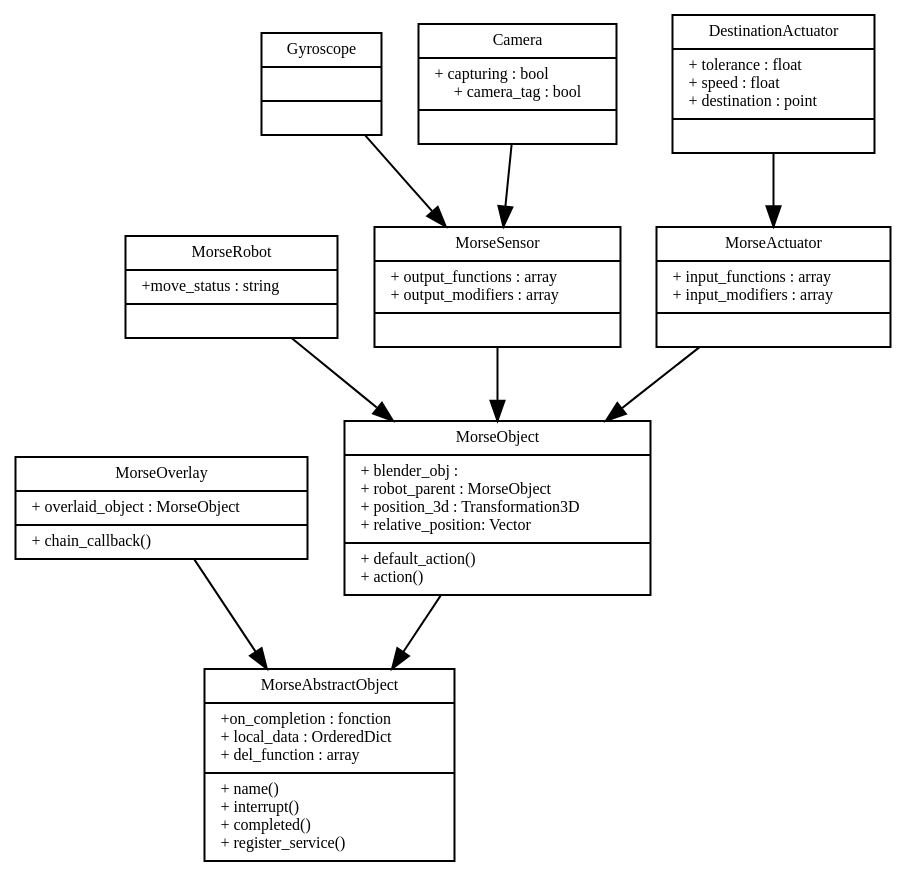
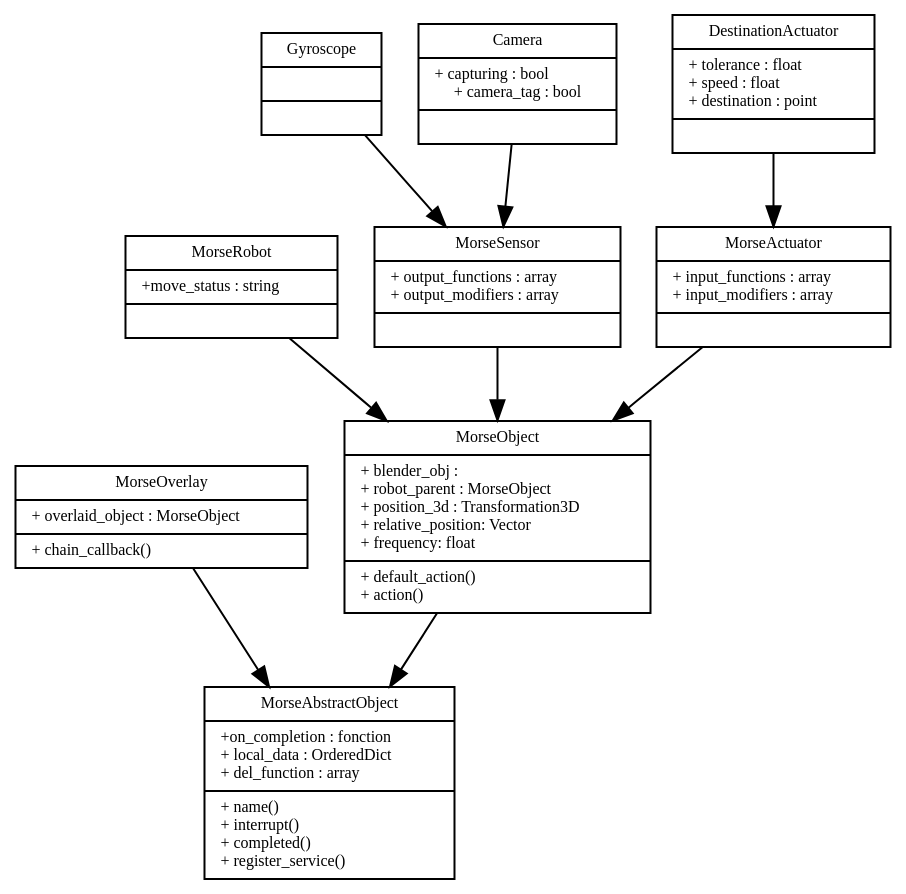
The diagram in doc/morse/dev/morse_uml.dot (morse-simulator/morse), drawn with Graphviz before and after one commit. The commit also changed 1 other file, not shown here.

Commit message:
[doc] add some short notes about the frequency property of components

```diff
--- a/doc/morse/dev/morse_uml.dot
+++ b/doc/morse/dev/morse_uml.dot
@@ -1,64 +1,64 @@
 digraph G {
 	fontname = "Bitstream Vera Sans"
 	fontsize = 8
 	bgcolor="transparent"
 					    
 	node [
 		fontname = "Bitstream Vera Sans"
 		fontsize = 8
 		shape = "record"
 		fillcolor="white"
 		style="filled"
 	]
 
 	edge [
 		fontname = "Bitstream Vera Sans"
 		fontsize = 8
 		color="black"
 	]
 
 	MorseAbstractObject [
 		label = "{MorseAbstractObject |+on_completion : fonction\l+ local_data : OrderedDict\l+ del_function : array\l|+ name()\l+ interrupt()\l+ completed()\l+ register_service()\l }"
 	]
 
 	MorseOverlay [
 		label = "{MorseOverlay | + overlaid_object : MorseObject\l| + chain_callback()\l}"
 	]
 
 	MorseObject [
-		label = "{MorseObject | + blender_obj :\l+ robot_parent : MorseObject\l+ position_3d : Transformation3D\l+ relative_position: Vector\l|+ default_action()\l+ action()\l }"
+		label = "{MorseObject | + blender_obj :\l+ robot_parent : MorseObject\l+ position_3d : Transformation3D\l+ relative_position: Vector\l+ frequency: float\l|+ default_action()\l+ action()\l }"
 	]
 
 	MorseRobot [
 		label = "{MorseRobot | +move_status : string\l| }"
 	]
 
 	MorseSensor [
 		label = "{MorseSensor | + output_functions : array\l+ output_modifiers : array\l |}"
 	]
 
 	MorseActuator [
 		label = "{MorseActuator | + input_functions : array\l+ input_modifiers : array\l |}"
 	]
 
 	Gyroscope [
 		label = "{Gyroscope || }"
 	]
 
 	Camera [
 		label = "{Camera |+ capturing : bool\l+ camera_tag : bool | }"
 	]
 
 	DestinationActuator [
 		label = "{DestinationActuator | + tolerance : float\l+ speed : float\l+ destination : point\l | }"
 	]
 
 	MorseObject -> MorseAbstractObject
 	MorseOverlay -> MorseAbstractObject
 	MorseRobot -> MorseObject
 	MorseSensor -> MorseObject
 	MorseActuator -> MorseObject
 	Gyroscope -> MorseSensor
 	Camera -> MorseSensor
 	DestinationActuator -> MorseActuator
 }
```
